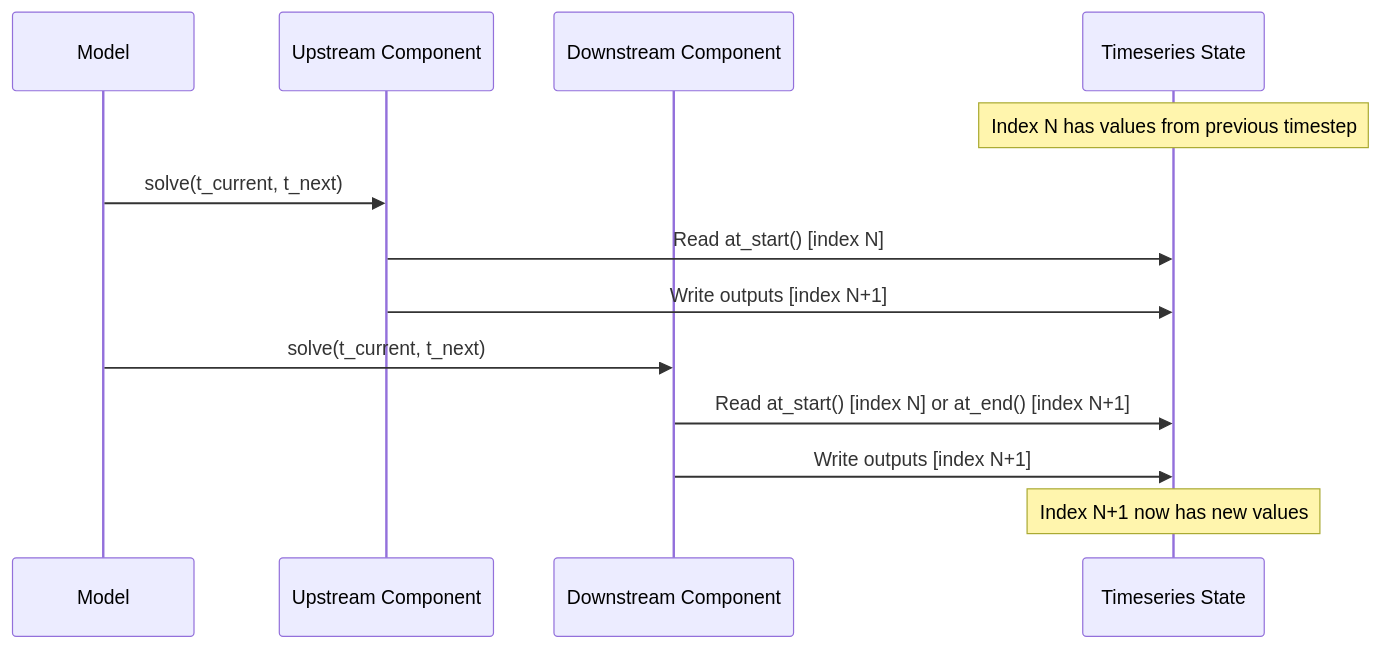
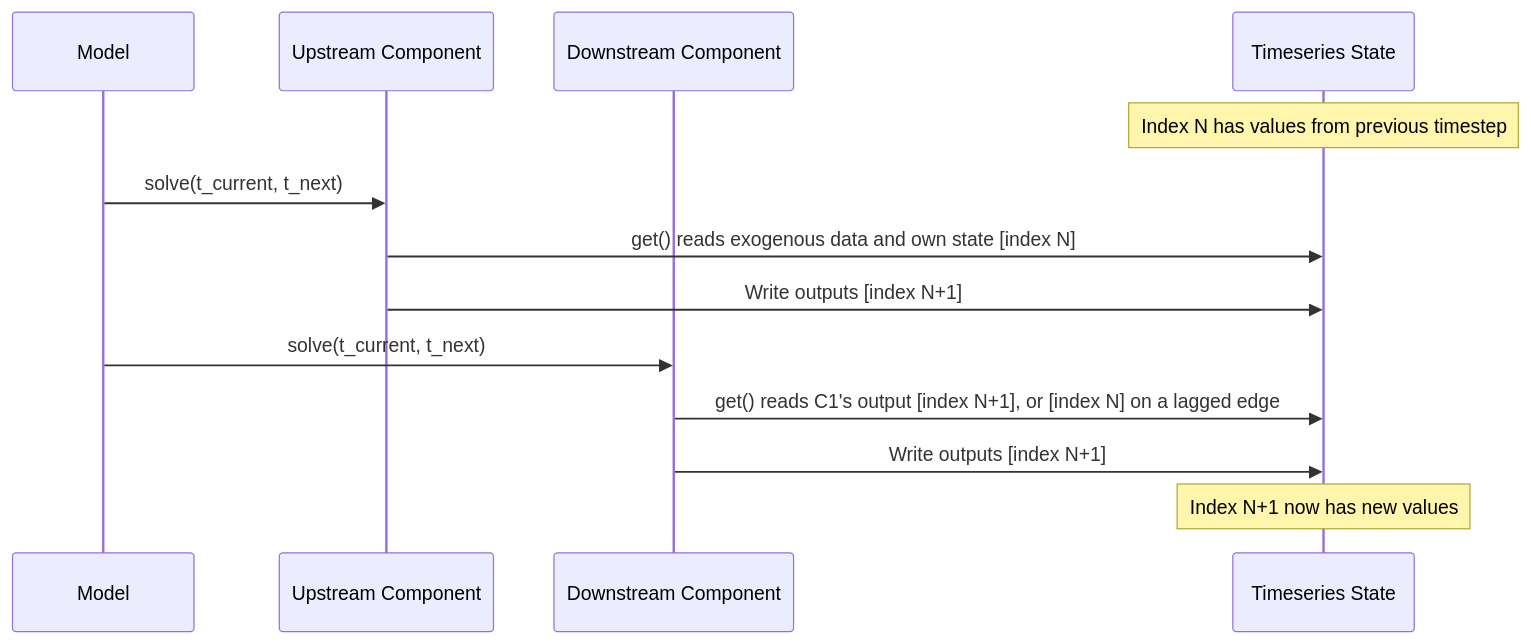
One commit to lewisjared/rscm changed the second of 2 diagrams in docs/key_concepts.md. Above: the diagram before and after it, drawn with Mermaid. The commit also changed other lines of this file and 10 other files, not shown here.

````diff
--- a/docs/key_concepts.md
+++ b/docs/key_concepts.md
@@ -186,16 +186,16 @@
 ```mermaid
 sequenceDiagram
     participant Model
     participant C1 as Upstream Component
     participant C2 as Downstream Component
     participant State as Timeseries State
 
     Note over State: Index N has values from previous timestep
     Model->>C1: solve(t_current, t_next)
-    C1->>State: Read at_start() [index N]
+    C1->>State: get() reads exogenous data and own state [index N]
     C1->>State: Write outputs [index N+1]
     Model->>C2: solve(t_current, t_next)
-    C2->>State: Read at_start() [index N] or at_end() [index N+1]
+    C2->>State: get() reads C1's output [index N+1], or [index N] on a lagged edge
     C2->>State: Write outputs [index N+1]
     Note over State: Index N+1 now has new values
 ```
````
